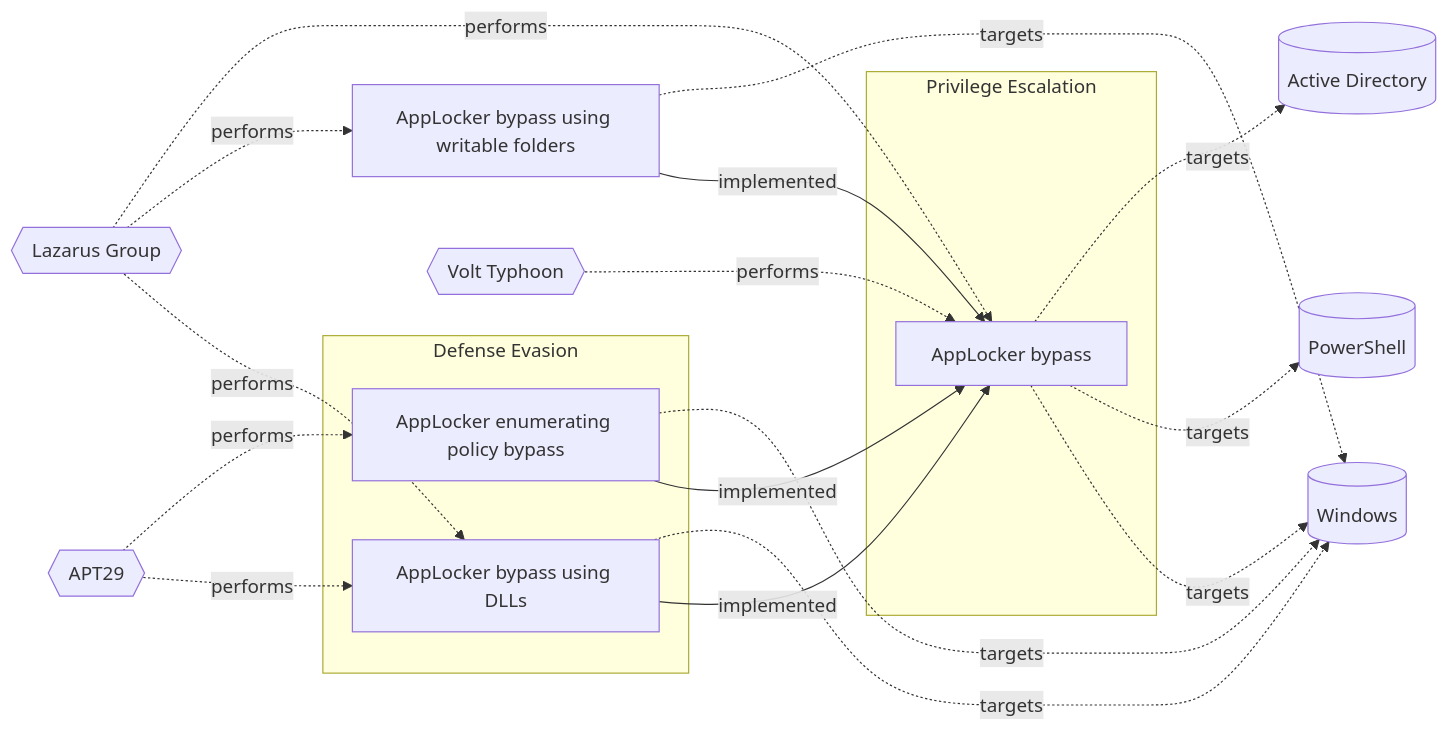
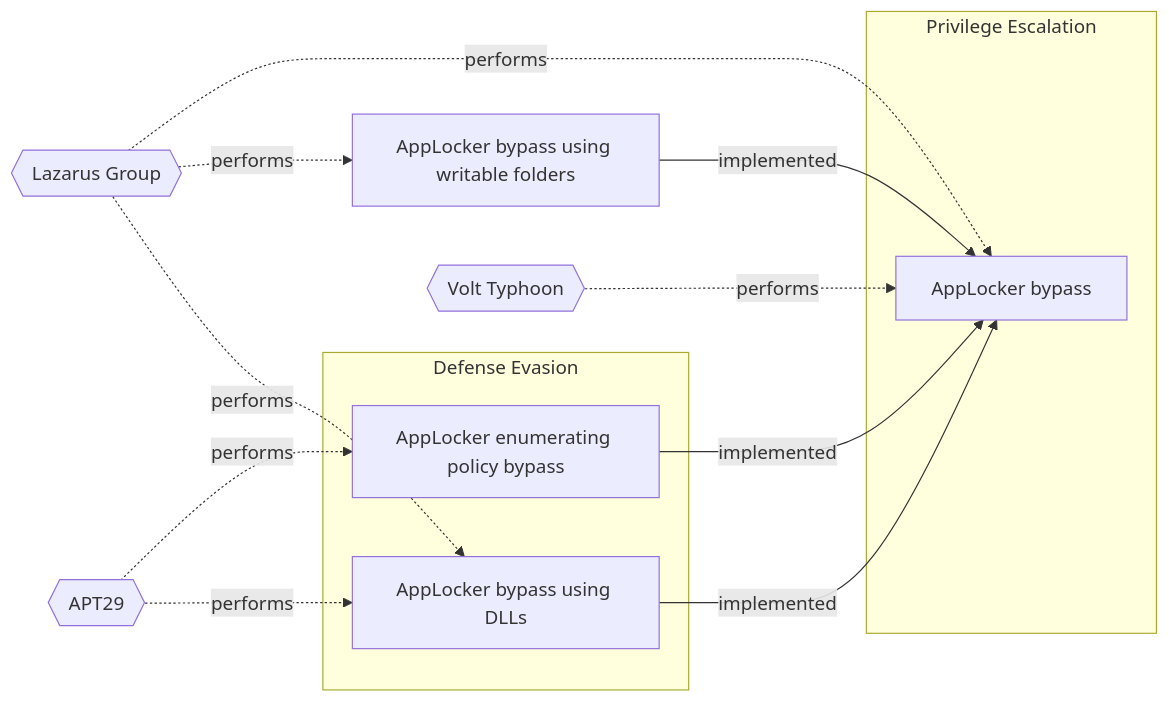
Before and after one commit to OpenTideHQ/WikiTide: the diagram in Models/Threat Vectors/☣️ AppLocker bypass using writable folders.md, drawn with Mermaid. The commit also changed other lines of this file and 232 other files, not shown here.

````diff
--- a/Models/Threat Vectors/☣️ AppLocker bypass using writable folders.md
+++ b/Models/Threat Vectors/☣️ AppLocker bypass using writable folders.md
@@ -117,42 +117,33 @@
 ```mermaid
 
 flowchart LR
 
 197c06c8-7959-4e28-9ede-b3e7b6f13442[AppLocker bypass]
 ff8c52ac-77d0-4bee-9f6d-e40fc6e0da63[AppLocker bypass using writable folders]
 9a1aeae5-912e-492c-b5d4-8bce91a95dae[AppLocker enumerating policy bypass]
 a73c2506-8584-4c0b-bfdc-52e33c8bd229[AppLocker bypass using DLLs]
 
 subgraph Privilege Escalation
 197c06c8-7959-4e28-9ede-b3e7b6f13442
 end
 subgraph Defense Evasion
 9a1aeae5-912e-492c-b5d4-8bce91a95dae
 a73c2506-8584-4c0b-bfdc-52e33c8bd229
 end
 
-ActiveDirectory[(Active Directory)]
-PowerShell[(PowerShell)]
-Windows[(Windows)]
 LazarusGroup{{Lazarus Group}}
 VoltTyphoon{{Volt Typhoon}}
 APT29{{APT29}}
 
-197c06c8-7959-4e28-9ede-b3e7b6f13442 -.->|targets| ActiveDirectory
-197c06c8-7959-4e28-9ede-b3e7b6f13442 -.->|targets| PowerShell
-197c06c8-7959-4e28-9ede-b3e7b6f13442 -.->|targets| Windows
-ff8c52ac-77d0-4bee-9f6d-e40fc6e0da63 -.->|targets| Windows
-9a1aeae5-912e-492c-b5d4-8bce91a95dae -.->|targets| Windows
-a73c2506-8584-4c0b-bfdc-52e33c8bd229 -.->|targets| Windows
 LazarusGroup -.-> |performs| 197c06c8-7959-4e28-9ede-b3e7b6f13442
 VoltTyphoon -.-> |performs| 197c06c8-7959-4e28-9ede-b3e7b6f13442
 LazarusGroup -.-> |performs| ff8c52ac-77d0-4bee-9f6d-e40fc6e0da63
 APT29 -.-> |performs| 9a1aeae5-912e-492c-b5d4-8bce91a95dae
 APT29 -.-> |performs| a73c2506-8584-4c0b-bfdc-52e33c8bd229
 LazarusGroup -.-> |performs| a73c2506-8584-4c0b-bfdc-52e33c8bd229
 
 ff8c52ac-77d0-4bee-9f6d-e40fc6e0da63 -->|implemented| 197c06c8-7959-4e28-9ede-b3e7b6f13442
 9a1aeae5-912e-492c-b5d4-8bce91a95dae -->|implemented| 197c06c8-7959-4e28-9ede-b3e7b6f13442
 a73c2506-8584-4c0b-bfdc-52e33c8bd229 -->|implemented| 197c06c8-7959-4e28-9ede-b3e7b6f13442
 
 ```
````
